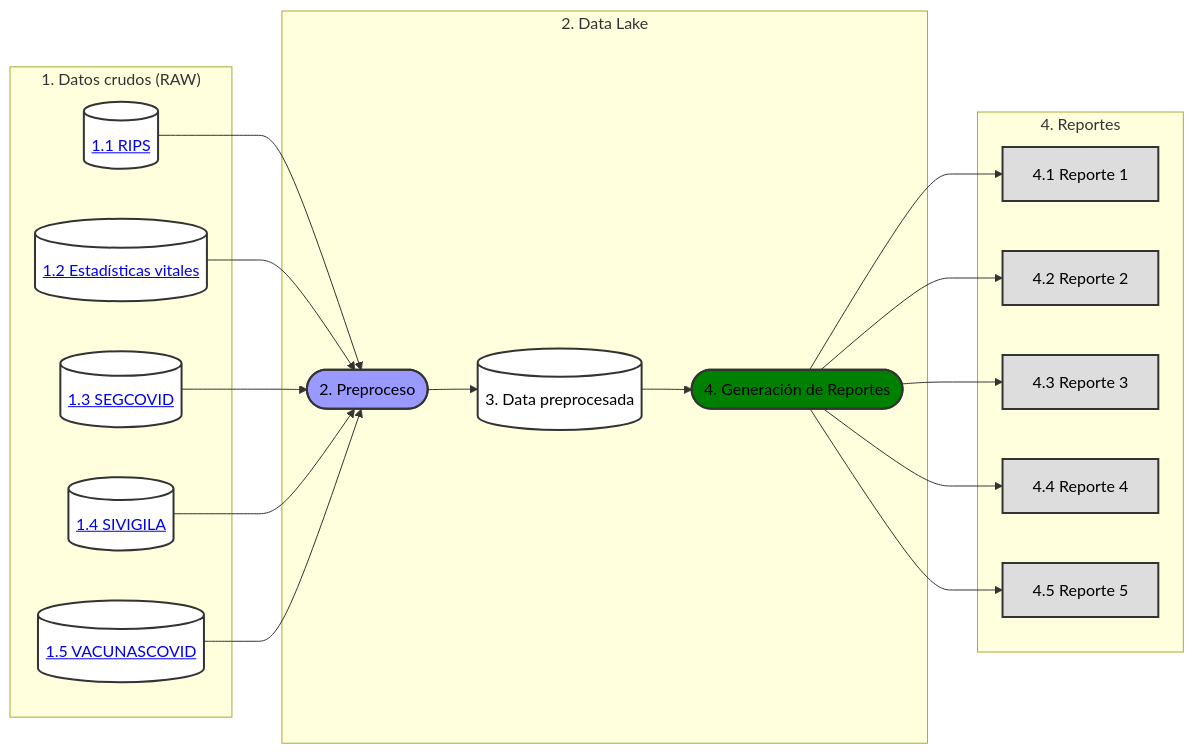
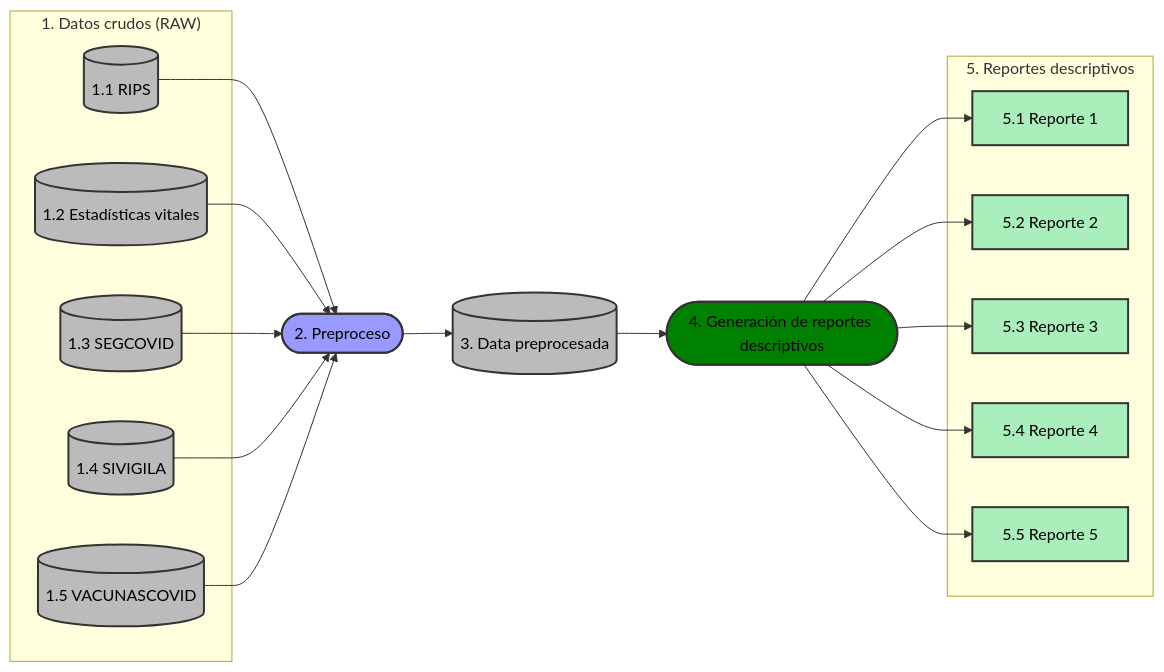
One commit to AGORA-COL/.github changed the first of 2 diagrams in profile/DataLake/FlujoDatos.md. Above: the diagram before and after it, drawn with Mermaid. The commit also changed other lines of this file, not shown here.

````diff
--- a/profile/DataLake/FlujoDatos.md
+++ b/profile/DataLake/FlujoDatos.md
@@ -8,56 +8,52 @@
 ```mermaid
 flowchart LR
     subgraph "1. Datos crudos (RAW)"
-        A[(<a href="https://docs.google.com/document/d/1v1sbOreJdBO0SDKUqhwKxVJw9MxYego8/edit">1.1 RIPS</a>)]
-        B[(<a href="https://docs.google.com/document/d/1iS1R8nHHWaVkTCsxTbTI5t9atf6AJeuR/edit">1.2 Estadísticas vitales</a>)]
-        C[(<a href="https://docs.google.com/document/d/1ErjxN7yliQpPZoOO_h-7L-Qg5XQCONbd/edit">1.3 SEGCOVID</a>)]
-        D[(<a href="https://docs.google.com/document/d/17mFQoDqTd8Azzy9971D3XkibAzFu6egv/edit">1.4 SIVIGILA</a>)]
-        E[(<a href="https://docs.google.com/document/d/1kIC2y6j7VdZ7J-GziTIGz7EuRUx8Aec9/edit">1.5 VACUNASCOVID</a>)]
+        A[(1.1 RIPS)]
+        B[(1.2 Estadísticas vitales)]
+        C[(1.3 SEGCOVID)]
+        D[(1.4 SIVIGILA)]
+        E[(1.5 VACUNASCOVID)]
     end
 
-    subgraph 2. Data Lake
     F([2. Preproceso])
     DP[("3. Data preprocesada")]
-    G(["4. Generación de Reportes"])
-    end
+    G(["4. Generación de reportes descriptivos"])
 
-    click F "./Preproceso.md" _parent
-
-    subgraph 4. Reportes
-        R1["4.1 Reporte 1"]
-        R2["4.2 Reporte 2"]
-        R3["4.3 Reporte 3"]
-        R4["4.4 Reporte 4"]
-        R5["4.5 Reporte 5"]
+    subgraph 5. Reportes descriptivos
+        R1["5.1 Reporte 1"]
+        R2["5.2 Reporte 2"]
+        R3["5.3 Reporte 3"]
+        R4["5.4 Reporte 4"]
+        R5["5.5 Reporte 5"]
     end
 
     A --> F
     B --> F
     C --> F
     D --> F
     E --> F
 
     F --> DP
     
     DP --> G
 
     G --> R1
     G --> R2
     G --> R3
     G --> R4
     G --> R5
 
-    classDef data fill:#f9f,stroke:#333,stroke-width:2px,color:#000;
+    classDef data fill:#999,stroke:#333,stroke-width:2px,color:#000;
     classDef process fill:#99f,stroke:#333,stroke-width:2px,color:black;
-    classDef repository fill:#fff,stroke:#333,stroke-width:2px,stroke: 5 5,color:#000;
+    classDef repository fill:#bbb,stroke:#333,stroke-width:2px,stroke: 5 5,color:#000;
     classDef process2 fill:green,stroke:#333,stroke-width:2px,color:#000;
-    classDef report fill:#ddd,stroke:#333,stroke-width:2px,color:#000;
+    classDef report fill:#aeb,stroke:#333,stroke-width:2px,color:#000;
 
     class A,B,C,D,E repository;
     class F process;
     class DP repository;
     class R1,R2,R3,R4,R5 report;
     class G process2;
 
 
 ```
````
